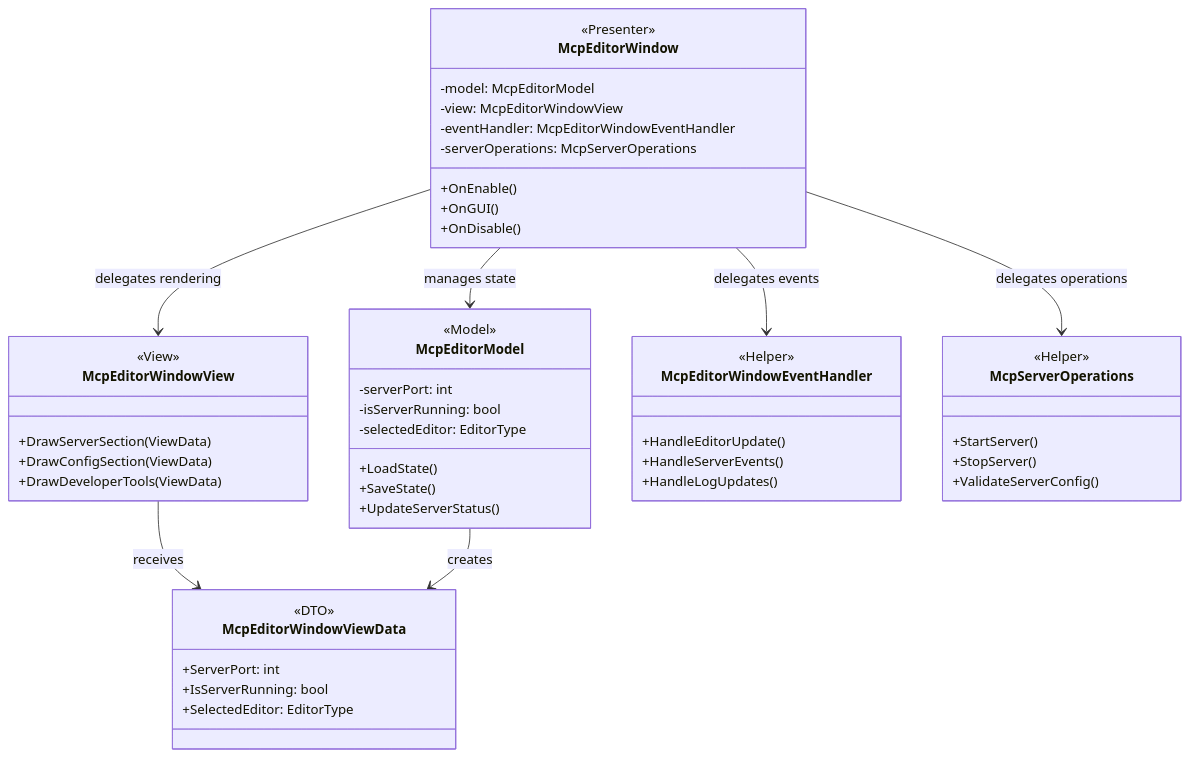
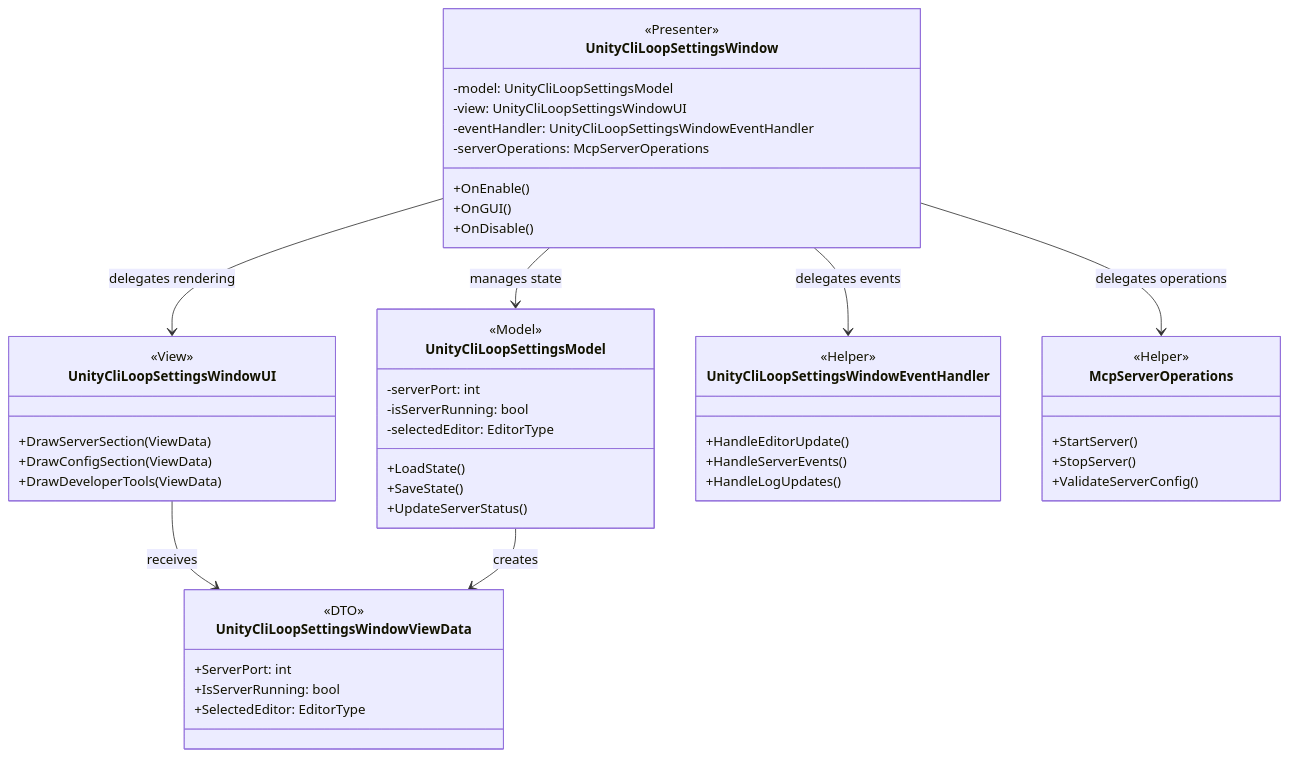
Before and after one commit to hatayama/uLoopMCP: the fifth of 7 diagrams in Packages/docs/ARCHITECTURE_Unity.md, drawn with Mermaid. The commit also changed other lines of this file and 33 other files, not shown here.

First line of the commit message:
Rename settings window away from MCP terminology

````diff
--- a/Packages/docs/ARCHITECTURE_Unity.md
+++ b/Packages/docs/ARCHITECTURE_Unity.md
@@ -309,58 +309,58 @@
 ```mermaid
 classDiagram
-    class McpEditorWindow {
+    class UnityCliLoopSettingsWindow {
         <<Presenter>>
-        -model: McpEditorModel
-        -view: McpEditorWindowView
-        -eventHandler: McpEditorWindowEventHandler
+        -model: UnityCliLoopSettingsModel
+        -view: UnityCliLoopSettingsWindowUI
+        -eventHandler: UnityCliLoopSettingsWindowEventHandler
         -serverOperations: McpServerOperations
         +OnEnable()
         +OnGUI()
         +OnDisable()
     }
 
-    class McpEditorModel {
+    class UnityCliLoopSettingsModel {
         <<Model>>
         -serverPort: int
         -isServerRunning: bool
         -selectedEditor: EditorType
         +LoadState()
         +SaveState()
         +UpdateServerStatus()
     }
 
-    class McpEditorWindowView {
+    class UnityCliLoopSettingsWindowUI {
         <<View>>
         +DrawServerSection(ViewData)
         +DrawConfigSection(ViewData)
         +DrawDeveloperTools(ViewData)
     }
 
-    class McpEditorWindowViewData {
+    class UnityCliLoopSettingsWindowViewData {
         <<DTO>>
         +ServerPort: int
         +IsServerRunning: bool
         +SelectedEditor: EditorType
     }
 
-    class McpEditorWindowEventHandler {
+    class UnityCliLoopSettingsWindowEventHandler {
         <<Helper>>
         +HandleEditorUpdate()
         +HandleServerEvents()
         +HandleLogUpdates()
     }
 
     class McpServerOperations {
         <<Helper>>
         +StartServer()
         +StopServer()
         +ValidateServerConfig()
     }
 
-    McpEditorWindow --> McpEditorModel : manages state
-    McpEditorWindow --> McpEditorWindowView : delegates rendering
-    McpEditorWindow --> McpEditorWindowEventHandler : delegates events
-    McpEditorWindow --> McpServerOperations : delegates operations
-    McpEditorWindowView --> McpEditorWindowViewData : receives
-    McpEditorModel --> McpEditorWindowViewData : creates
+    UnityCliLoopSettingsWindow --> UnityCliLoopSettingsModel : manages state
+    UnityCliLoopSettingsWindow --> UnityCliLoopSettingsWindowUI : delegates rendering
+    UnityCliLoopSettingsWindow --> UnityCliLoopSettingsWindowEventHandler : delegates events
+    UnityCliLoopSettingsWindow --> McpServerOperations : delegates operations
+    UnityCliLoopSettingsWindowUI --> UnityCliLoopSettingsWindowViewData : receives
+    UnityCliLoopSettingsModel --> UnityCliLoopSettingsWindowViewData : creates
 ```
````
